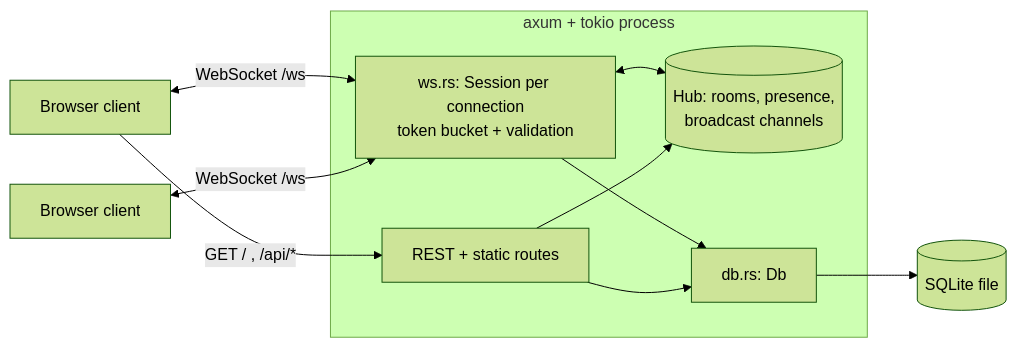
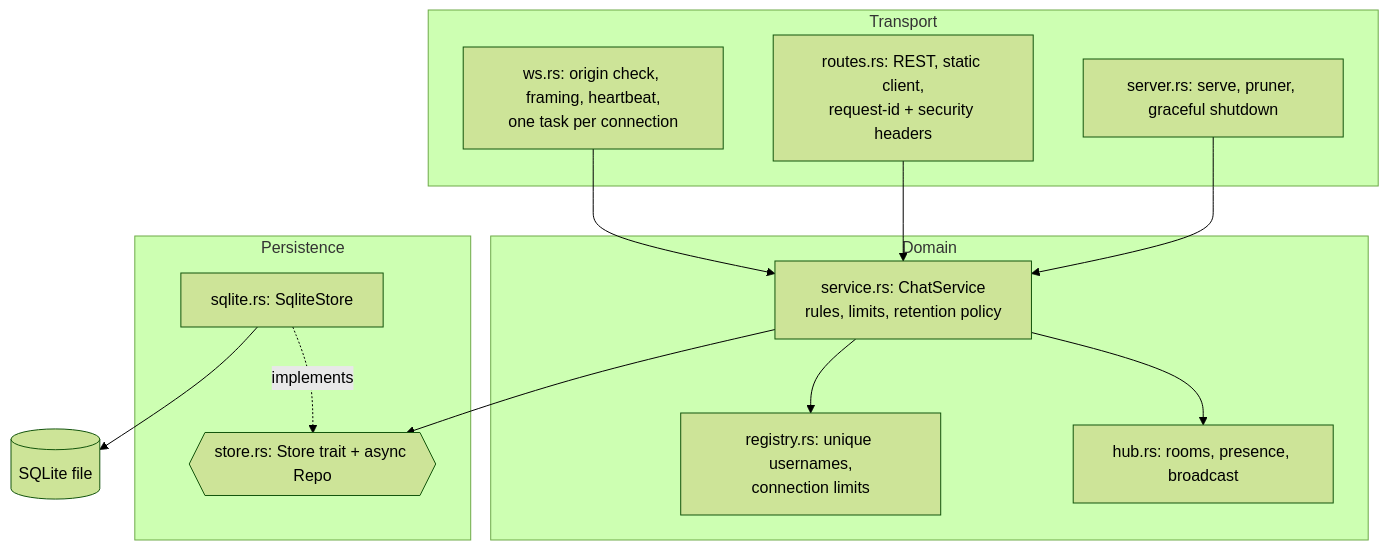
The diagram in README.md (aldipascaa/rustchat), drawn with Mermaid (forest theme) before and after one commit. The commit also changed other lines of this file and 1 other file, not shown here.

Commit message:
Docs: README architecture/config/protocol, CHANGELOG 1.1.0

````diff
--- a/README.md
+++ b/README.md
@@ -22,17 +27,25 @@
 ```mermaid
-flowchart LR
-    B1[Browser client] <-->|WebSocket /ws| WS
-    B2[Browser client] <-->|WebSocket /ws| WS
-    B1 -->|GET / , /api/*| R[REST + static routes]
-    subgraph Server [axum + tokio process]
-        WS[ws.rs: Session per connection<br/>token bucket + validation]
-        R
-        H[(Hub: rooms, presence,<br/>broadcast channels)]
-        D[db.rs: Db]
-        WS <--> H
-        WS --> D
-        R --> D
-        R --> H
+flowchart TB
+    subgraph Transport
+        WS["ws.rs: origin check, framing, heartbeat,<br/>one task per connection"]
+        R["routes.rs: REST, static client,<br/>request-id + security headers"]
+        SRV["server.rs: serve, pruner, graceful shutdown"]
     end
-    D --> S[(SQLite file)]
+    subgraph Domain
+        SVC["service.rs: ChatService<br/>rules, limits, retention policy"]
+        HUB["hub.rs: rooms, presence, broadcast"]
+        REG["registry.rs: unique usernames,<br/>connection limits"]
+    end
+    subgraph Persistence
+        TR{{"store.rs: Store trait + async Repo"}}
+        SQL["sqlite.rs: SqliteStore"]
+    end
+    WS --> SVC
+    R --> SVC
+    SRV --> SVC
+    SVC --> HUB
+    SVC --> REG
+    SVC --> TR
+    SQL -. implements .-> TR
+    SQL --> DB[(SQLite file)]
 ```
````
